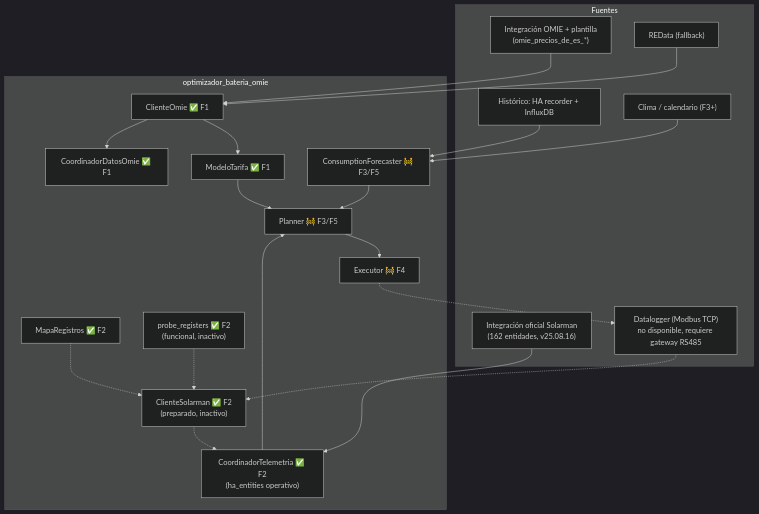
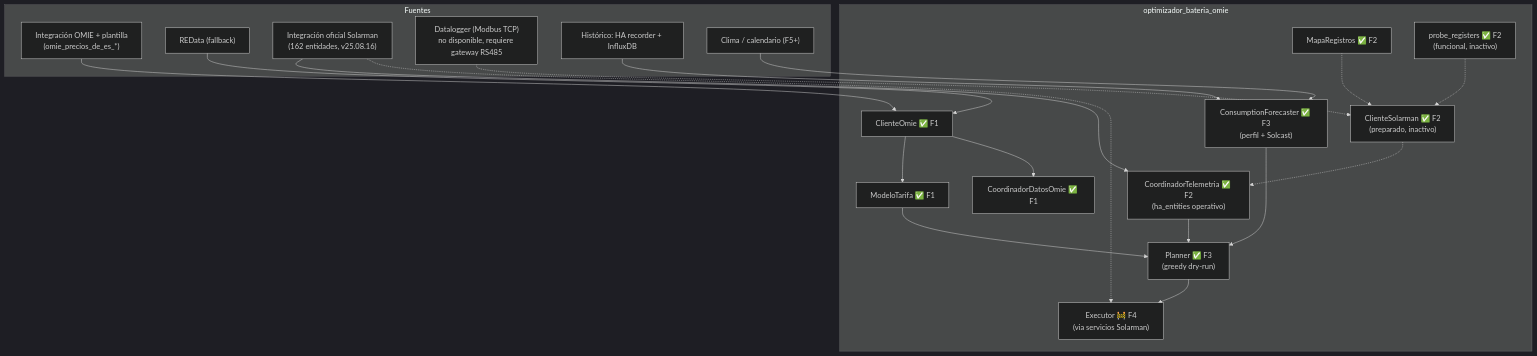
One commit to acarrilloa/optimizador-bateria-omie changed the first of 4 diagrams in SPEC.md. Above: the diagram before and after it, drawn with Mermaid (dark theme). The commit also changed other lines of this file and 3 other files, not shown here.

````diff
--- a/SPEC.md
+++ b/SPEC.md
@@ -124,39 +124,39 @@
 ```mermaid
 flowchart TD
   subgraph Fuentes
     OMIE["Integración OMIE + plantilla<br/>(omie_precios_de_es_*)"]
     REDATA["REData (fallback)"]
     SOLAR_OFICIAL["Integración oficial Solarman<br/>(162 entidades, v25.08.16)"]
     SOLAR_MODBUS["Datalogger (Modbus TCP)<br/>no disponible, requiere gateway RS485"]
     HIST["Histórico: HA recorder + InfluxDB"]
-    WEATHER["Clima / calendario (F3+)"]
+    WEATHER["Clima / calendario (F5+)"]
   end
   subgraph Componente["optimizador_bateria_omie"]
     PRICE["ClienteOmie ✅ F1"]
     TARIFF["ModeloTarifa ✅ F1"]
     COORD["CoordinadorDatosOmie ✅ F1"]
     MAPA["MapaRegistros ✅ F2"]
     TELEM["ClienteSolarman ✅ F2<br/>(preparado, inactivo)"]
     CTEL["CoordinadorTelemetria ✅ F2<br/>(ha_entities operativo)"]
     PROBE["probe_registers ✅ F2<br/>(funcional, inactivo)"]
-    FORECAST["ConsumptionForecaster 🚧 F3/F5"]
-    PLANNER["Planner 🚧 F3/F5"]
-    EXECUTOR["Executor 🚧 F4"]
+    FORECAST["ConsumptionForecaster ✅ F3<br/>(perfil + Solcast)"]
+    PLANNER["Planner ✅ F3<br/>(greedy dry-run)"]
+    EXECUTOR["Executor 🚧 F4<br/>(via servicios Solarman)"]
   end
   OMIE --> PRICE
   REDATA --> PRICE
   SOLAR_OFICIAL --> CTEL
+  SOLAR_OFICIAL -.-> EXECUTOR
   SOLAR_MODBUS -.-> TELEM
   TELEM -.-> CTEL
   MAPA -.-> TELEM
   PROBE -.-> TELEM
   HIST --> FORECAST
   WEATHER --> FORECAST
   PRICE --> TARIFF
   PRICE --> COORD
   TARIFF --> PLANNER
   CTEL --> PLANNER
   FORECAST --> PLANNER
   PLANNER --> EXECUTOR
-  EXECUTOR -.-> SOLAR_MODBUS
 ```
````
